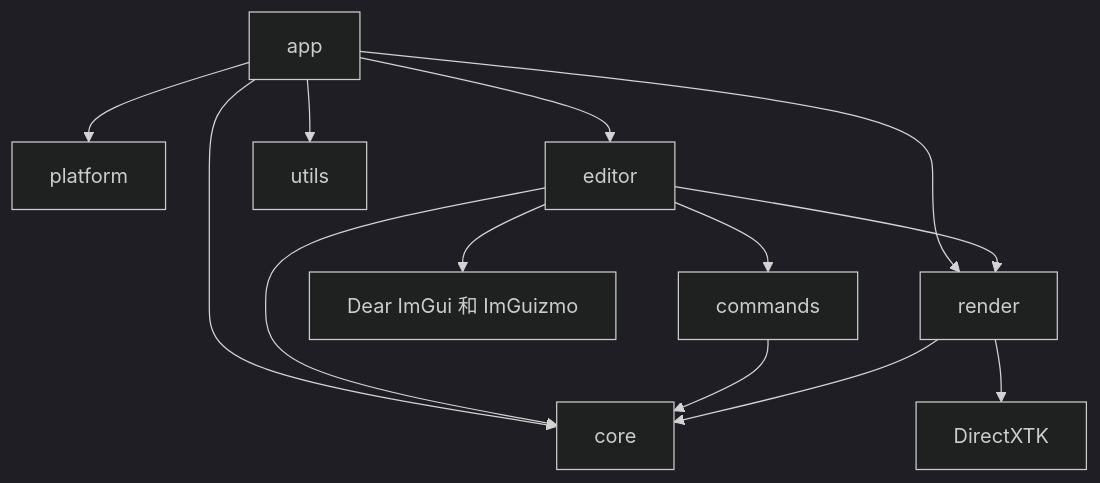
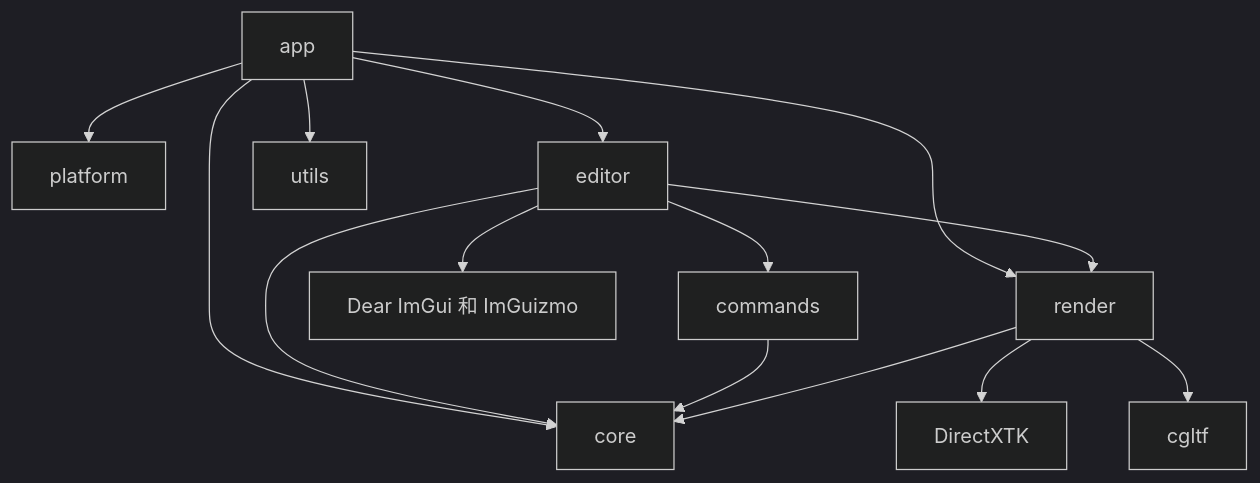
One commit to ELPSYKONGR/LRenderDemo changed the diagram in FILE_INDEX.md. Above: the diagram before and after it, drawn with Mermaid (dark theme). The commit also changed other lines of this file and 43 other files, not shown here.

````diff
--- a/FILE_INDEX.md
+++ b/FILE_INDEX.md
@@ -59,15 +65,16 @@
 ```mermaid
 graph TD
     App[app] --> Platform[platform]
     App --> Editor[editor]
     App --> Render[render]
     App --> Core[core]
     Editor --> Commands[commands]
     Editor --> Core
     Editor --> Render
     Commands --> Core
     Render --> Core
     Render --> DXTK[DirectXTK]
+    Render --> Cgltf[cgltf]
     Editor --> ImGui[Dear ImGui 和 ImGuizmo]
     App --> Utils[utils]
 ```
````
